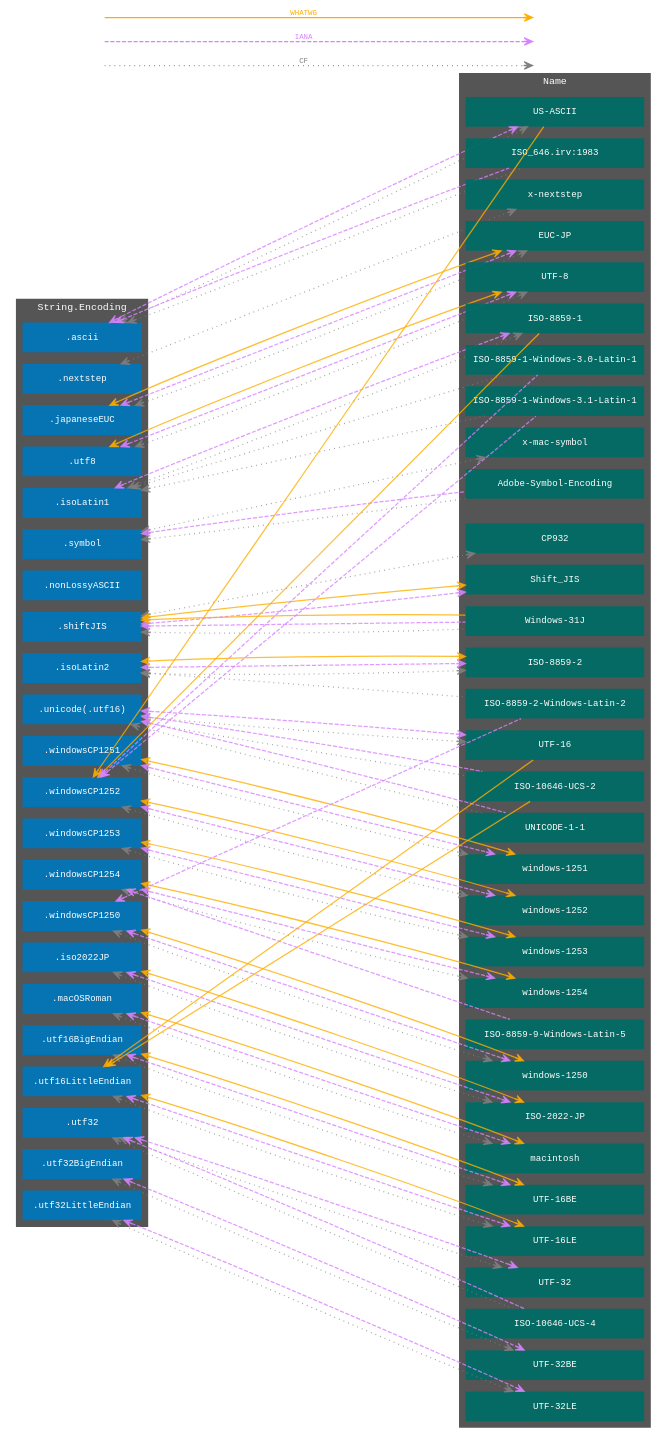
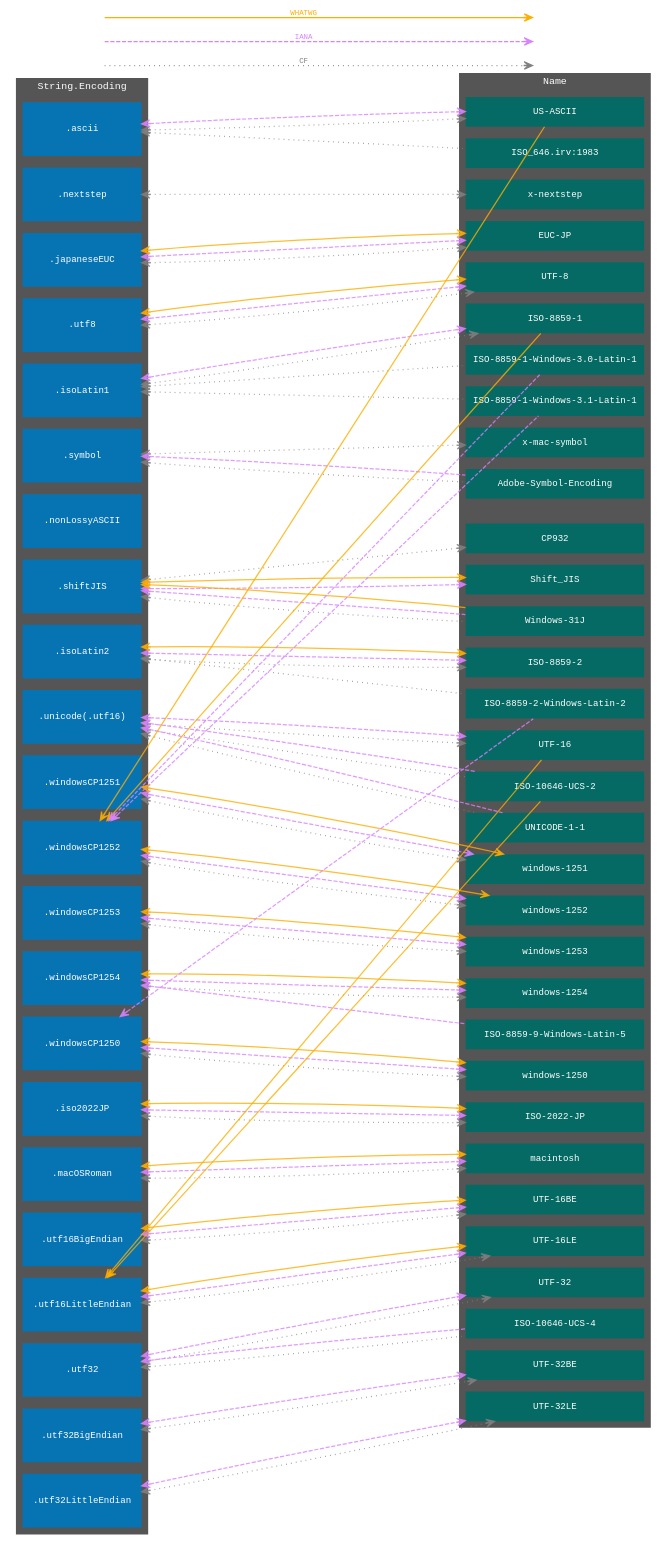
Before and after one commit to YOCKOW/SF-StringEncodingNameImpl: the diagram in proposal/NNNN-String-Encoding-Names_Mapping.gv, drawn with Graphviz. The commit also changed 6 other files, not shown here.

Commit message:
Disable "ISO_646.irv:1983".

```diff
--- a/proposal/NNNN-String-Encoding-Names_Mapping.gv
+++ b/proposal/NNNN-String-Encoding-Names_Mapping.gv
@@ -40,6 +40,7 @@
         color="#0076BA00"
         fontcolor=white
         width=2
+        height=0.9
       ]
 
       ".ascii"
@@ -79,8 +80,7 @@
         width=3
       ]
 
-      "US-ASCII"
-      "ISO_646.irv:1983"
+      "US-ASCII"; "ISO_646.irv:1983"
       "x-nextstep"
       "EUC-JP"
       "UTF-8"
@@ -190,7 +190,6 @@
     constraint=false
   ]
   ".ascii" -- "US-ASCII" [dir=both]
-  ".ascii" -- "ISO_646.irv:1983" [dir=back]
   ".japaneseEUC" -- "EUC-JP" [dir=both]
   ".utf8" -- "UTF-8" [dir=both]
   ".isoLatin1" -- "ISO-8859-1" [dir=both]
```
